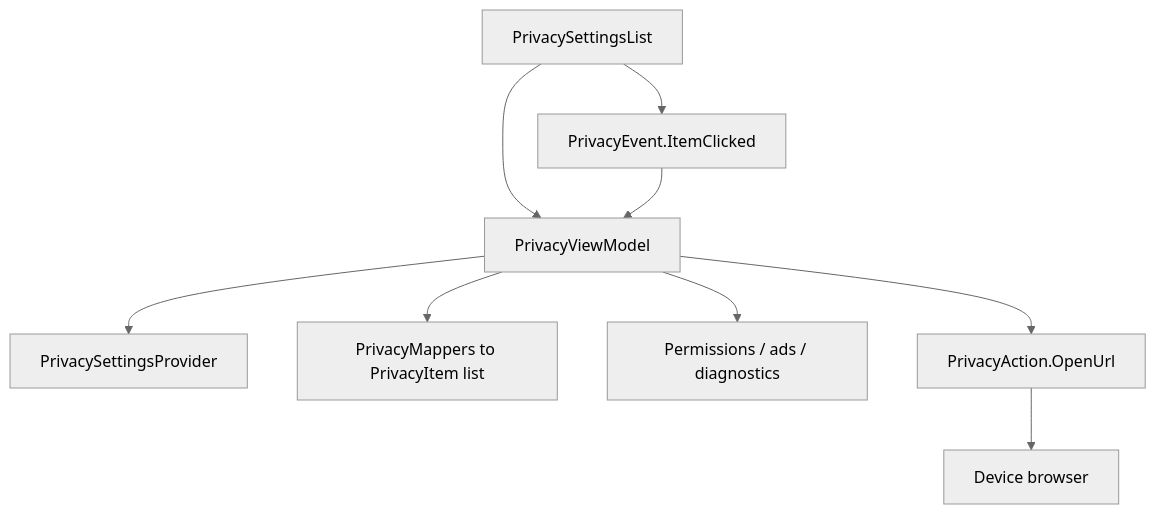
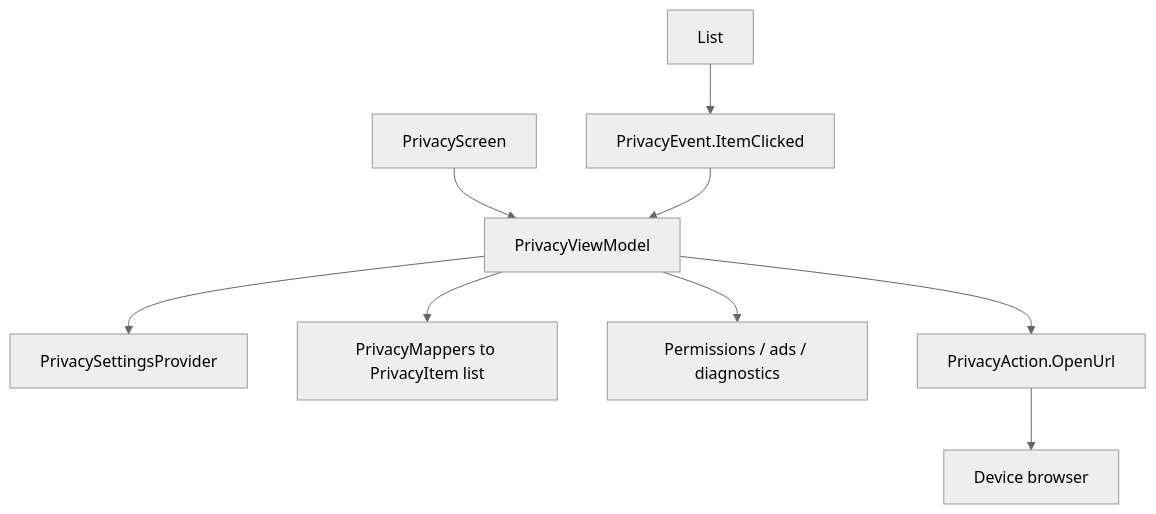
One commit to MihaiCristianCondrea/App-Toolkit-for-Android changed the diagram in library/feature/privacy/README.md. Above: the diagram before and after it, drawn with Mermaid (neutral theme). The commit also changed other lines of this file and 74 other files, not shown here.

````diff
--- a/library/feature/privacy/README.md
+++ b/library/feature/privacy/README.md
@@ -35,11 +35,11 @@
 ```mermaid
 flowchart TD
-    List[PrivacySettingsList] --> VM[PrivacyViewModel]
+    Screen[PrivacyScreen] --> VM[PrivacyViewModel]
     VM --> Provider[PrivacySettingsProvider]
     VM --> Mapper[PrivacyMappers to PrivacyItem list]
     List --> Click[PrivacyEvent.ItemClicked]
     Click --> VM
     VM --> HostScreens[Permissions / ads / diagnostics]
     VM --> OpenUrl[PrivacyAction.OpenUrl]
     OpenUrl --> Browser[Device browser]
 ```
````
